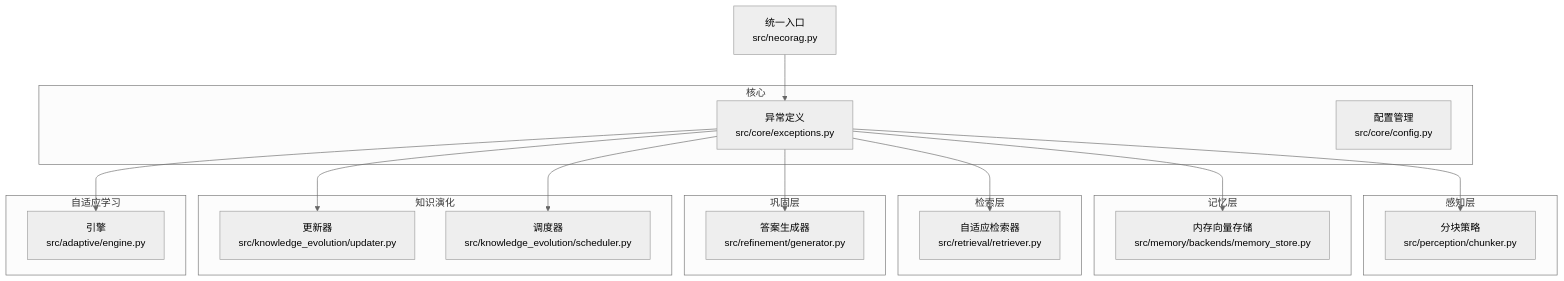
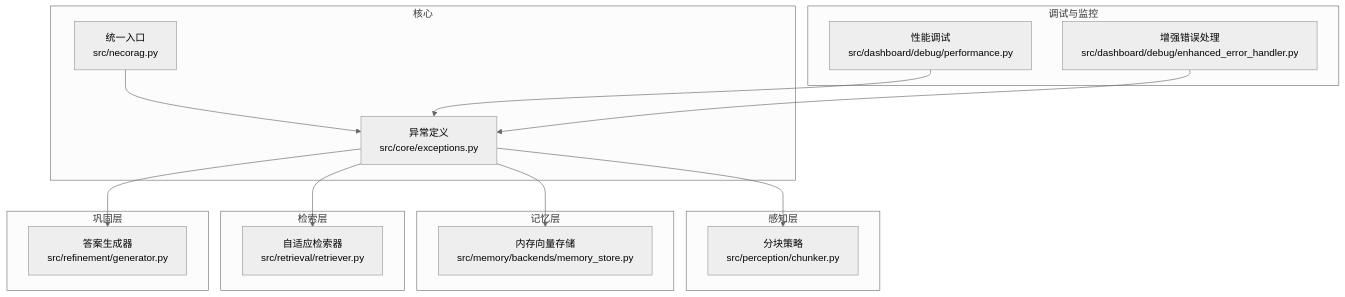
Before and after one commit to JieGaoPrinceton/NecoRAG: the first of 4 diagrams in .qoder/repowiki/zh/content/核心架构设计/异常处理机制.md, drawn with Mermaid (neutral theme). The commit also changed other lines of this file and 181 other files, not shown here.

````diff
--- a/.qoder/repowiki/zh/content/核心架构设计/异常处理机制.md
+++ b/.qoder/repowiki/zh/content/核心架构设计/异常处理机制.md
@@ -35,35 +34,30 @@
 ```mermaid
 graph TB
 subgraph "核心"
 E["异常定义<br/>src/core/exceptions.py"]
-C["配置管理<br/>src/core/config.py"]
+N["统一入口<br/>src/necorag.py"]
 end
 subgraph "感知层"
 P1["分块策略<br/>src/perception/chunker.py"]
 end
 subgraph "记忆层"
 M1["内存向量存储<br/>src/memory/backends/memory_store.py"]
 end
 subgraph "检索层"
 R1["自适应检索器<br/>src/retrieval/retriever.py"]
 end
 subgraph "巩固层"
 G1["答案生成器<br/>src/refinement/generator.py"]
 end
-subgraph "知识演化"
-KU["更新器<br/>src/knowledge_evolution/updater.py"]
-KS["调度器<br/>src/knowledge_evolution/scheduler.py"]
+subgraph "调试与监控"
+D1["性能调试<br/>src/dashboard/debug/performance.py"]
+D2["增强错误处理<br/>src/dashboard/debug/enhanced_error_handler.py"]
 end
-subgraph "自适应学习"
-AE["引擎<br/>src/adaptive/engine.py"]
-end
-N["统一入口<br/>src/necorag.py"]
 E --> P1
 E --> M1
 E --> R1
 E --> G1
-E --> KU
-E --> KS
-E --> AE
 N --> E
+D1 --> E
+D2 --> E
 ```
````
